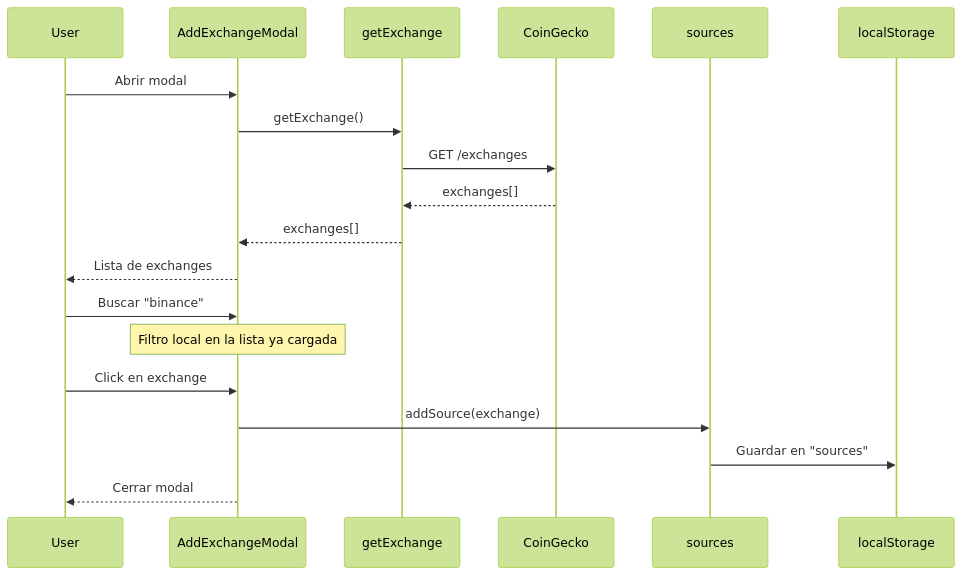
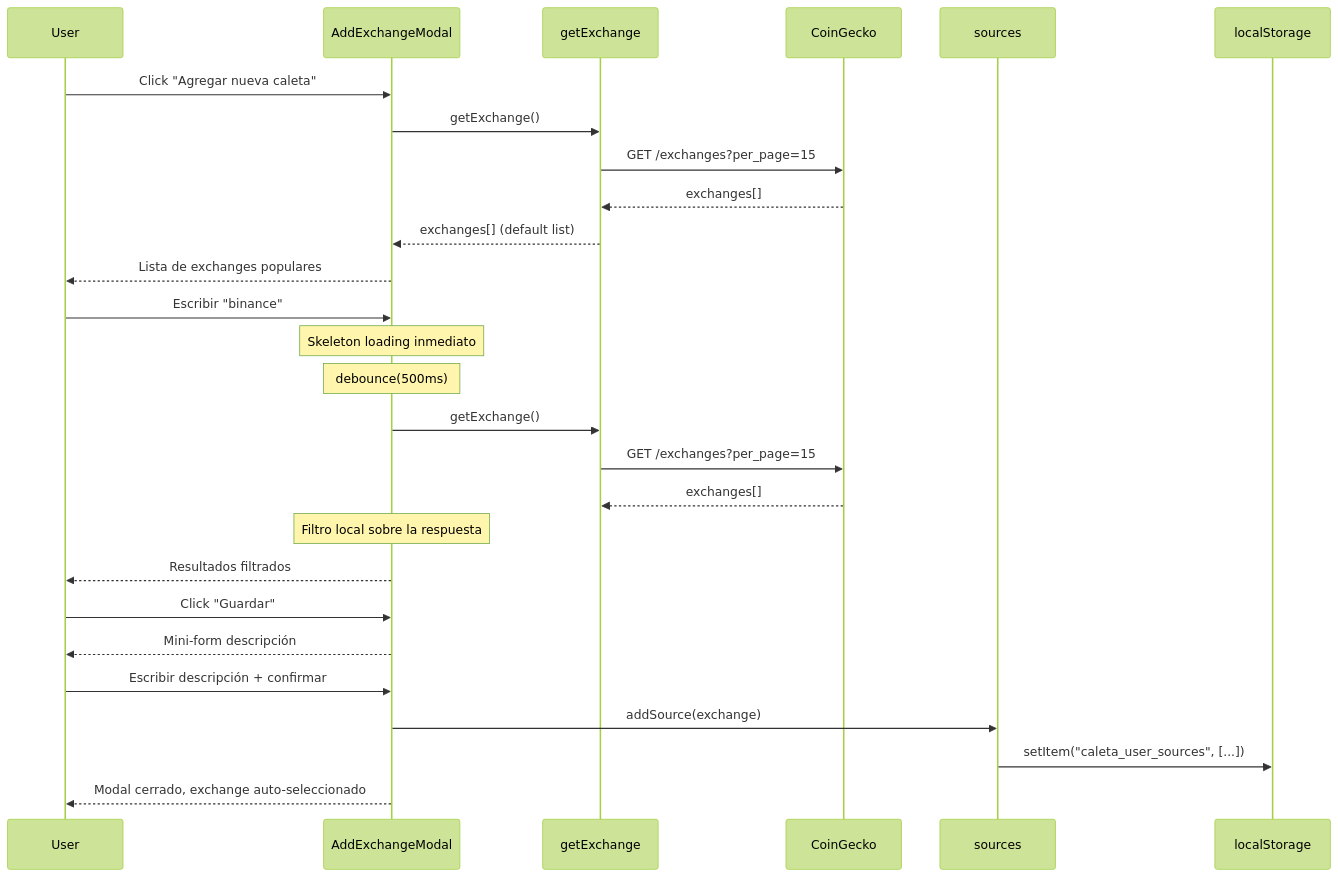
The fourth of 4 diagrams in docs/arquitectura/flujo-de-datos.md (EdGonzz/caletaJS), drawn with Mermaid (forest theme) before and after one commit. The commit also changed other lines of this file and 14 other files, not shown here.

````diff
--- a/docs/arquitectura/flujo-de-datos.md
+++ b/docs/arquitectura/flujo-de-datos.md
@@ -116,23 +132,32 @@
 ```mermaid
 sequenceDiagram
     participant User
     participant ExModal as AddExchangeModal
     participant getExchange
     participant API as CoinGecko
     participant sources
+    participant LS as localStorage
 
-    User->>ExModal: Abrir modal
+    User->>ExModal: Click "Agregar nueva caleta"
     ExModal->>getExchange: getExchange()
-    getExchange->>API: GET /exchanges
+    getExchange->>API: GET /exchanges?per_page=15
     API-->>getExchange: exchanges[]
-    getExchange-->>ExModal: exchanges[]
-    ExModal-->>User: Lista de exchanges
+    getExchange-->>ExModal: exchanges[] (default list)
+    ExModal-->>User: Lista de exchanges populares
 
-    User->>ExModal: Buscar "binance"
-    Note over ExModal: Filtro local en la lista ya cargada
+    User->>ExModal: Escribir "binance"
+    Note over ExModal: Skeleton loading inmediato
+    Note over ExModal: debounce(500ms)
+    ExModal->>getExchange: getExchange()
+    getExchange->>API: GET /exchanges?per_page=15
+    API-->>getExchange: exchanges[]
+    Note over ExModal: Filtro local sobre la respuesta
+    ExModal-->>User: Resultados filtrados
 
-    User->>ExModal: Click en exchange
+    User->>ExModal: Click "Guardar"
+    ExModal-->>User: Mini-form descripción
+    User->>ExModal: Escribir descripción + confirmar
     ExModal->>sources: addSource(exchange)
-    sources->>localStorage: Guardar en "sources"
-    ExModal-->>User: Cerrar modal
+    sources->>LS: setItem("caleta_user_sources", [...])
+    ExModal-->>User: Modal cerrado, exchange auto-seleccionado
 ```
````
